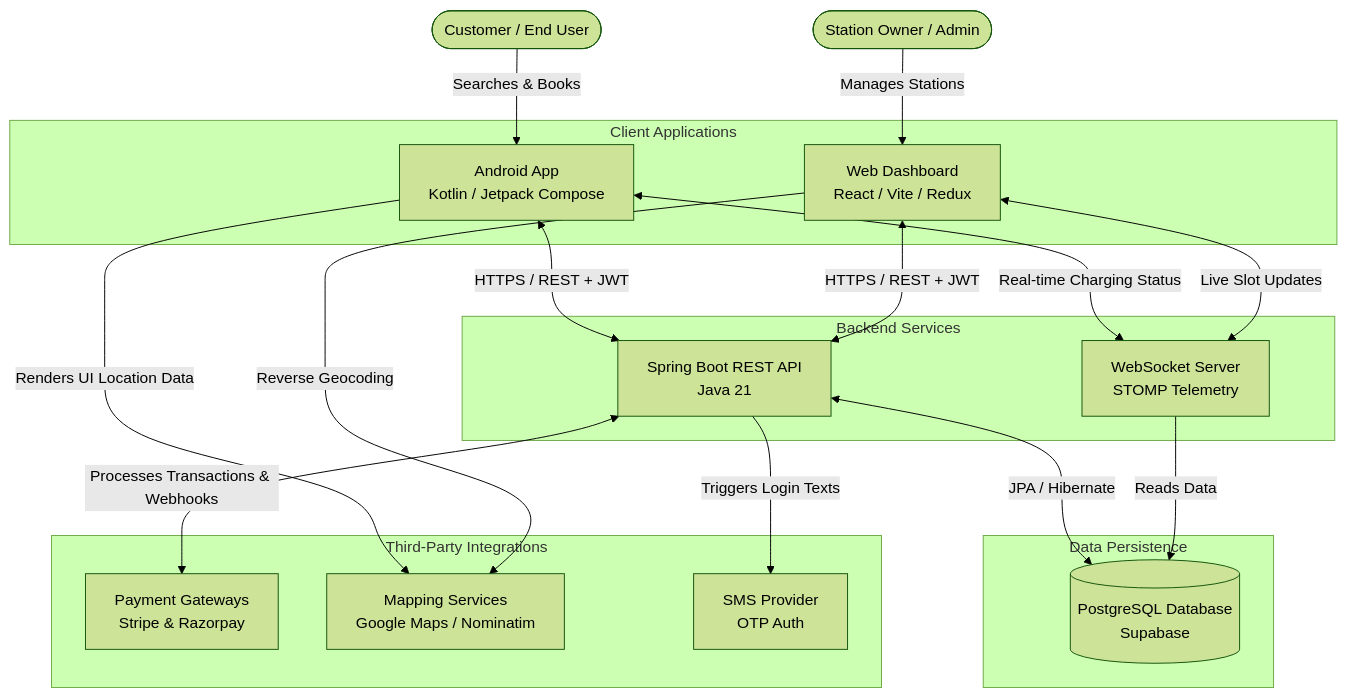
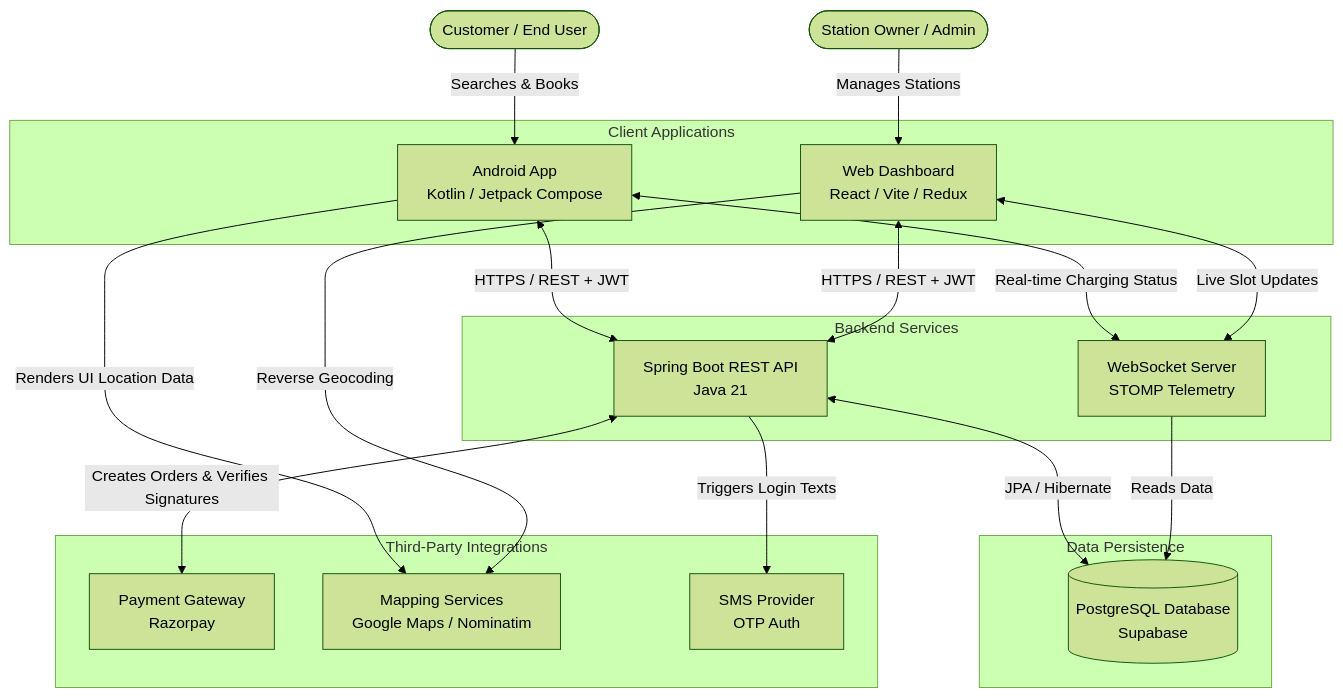
Before and after one commit to singhaganesh/EV-Project: the diagram in README.md, drawn with Mermaid (forest theme). The commit also changed other lines of this file, not shown here.

````diff
--- a/README.md
+++ b/README.md
@@ -388,48 +388,48 @@
 ```mermaid
 graph TD
     %% Users
     U_Customer([Customer / End User])
     U_Owner([Station Owner / Admin])
 
     %% Frontends
     subgraph Client Applications
         MobileApp[Android App<br/>Kotlin / Jetpack Compose]
         WebApp[Web Dashboard<br/>React / Vite / Redux]
     end
 
     %% Backend Infrastructure
     subgraph Backend Services
         REST_API[Spring Boot REST API<br/>Java 21]
         WebSocket[WebSocket Server<br/>STOMP Telemetry]
     end
 
     %% Database Layer
     subgraph Data Persistence
         Postgres[(PostgreSQL Database<br/>Supabase)]
     end
 
     %% External Services
     subgraph Third-Party Integrations
-        Stripe[Payment Gateways<br/>Stripe & Razorpay]
+        Razorpay[Payment Gateway<br/>Razorpay]
         Maps[Mapping Services<br/>Google Maps / Nominatim]
         SMS[SMS Provider<br/>OTP Auth]
     end
 
     %% Define Interactions
     U_Customer -->|Searches & Books| MobileApp
     U_Owner -->|Manages Stations| WebApp
 
     MobileApp <-->|HTTPS / REST + JWT| REST_API
     WebApp <-->|HTTPS / REST + JWT| REST_API
     
     MobileApp <-->|Real-time Charging Status| WebSocket
     WebApp <-->|Live Slot Updates| WebSocket
 
     REST_API <-->|JPA / Hibernate| Postgres
     WebSocket -->|Reads Data| Postgres
 
-    REST_API <-->|Processes Transactions & Webhooks| Stripe
+    REST_API <-->|Creates Orders & Verifies Signatures| Razorpay
     REST_API -->|Triggers Login Texts| SMS
     MobileApp -->|Renders UI Location Data| Maps
     WebApp -->|Reverse Geocoding| Maps
 ```
````
